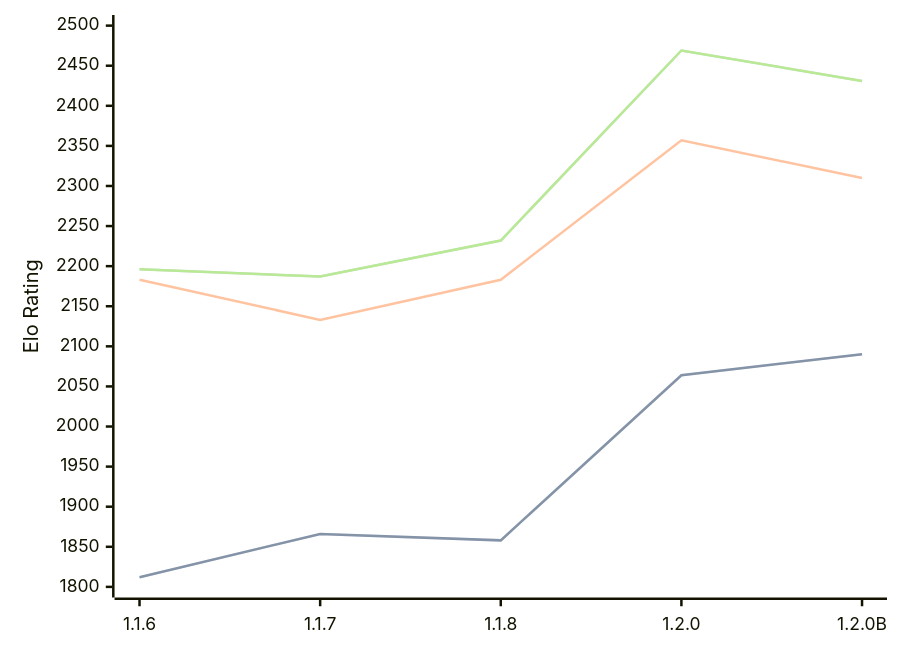
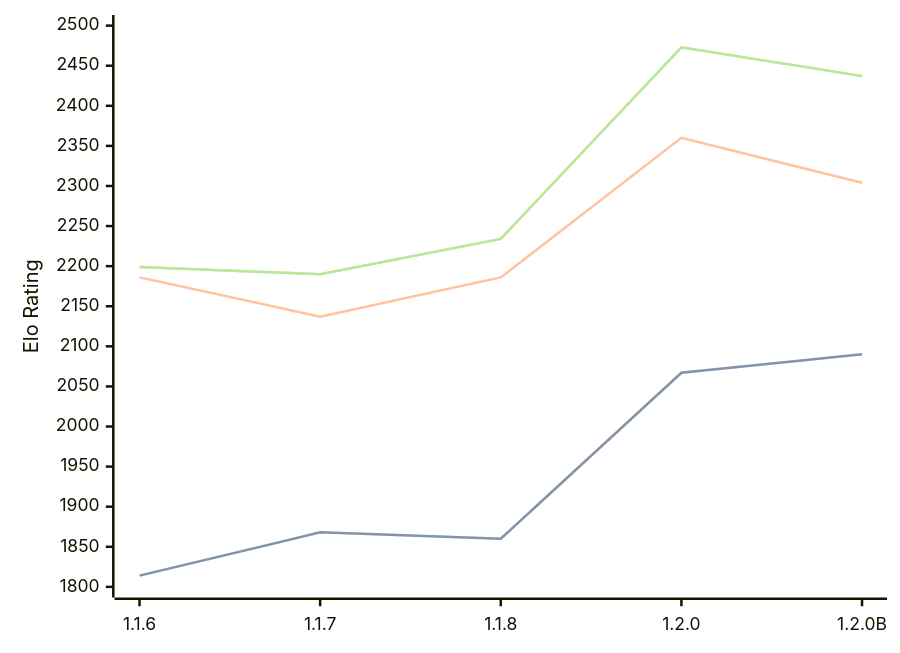
The diagram in engines/Soomi.md (computer-chess-index/cci), drawn with Mermaid before and after one commit. The commit also changed other lines of this file, not shown here.

Commit message:
Update CCI Ratings (ELO VLTC) - 2026-04-30

````diff
--- a/engines/Soomi.md
+++ b/engines/Soomi.md
@@ -35,11 +35,11 @@
 ```mermaid
 %%{init: {"theme":"base","themeVariables":{"seriesColors:['#a3a3a3','#222221','#faa371']}}}%%
 xychart-beta
   x-axis ["1.1.6", "1.1.7", "1.1.8", "1.2.0", "1.2.0B"]
   y-axis "Elo Rating" 1800 --> 2500
-  line "STC (8.0+0.08s)" [1812, 1866, 1858, 2064, 2090]
-  line "STC (8.0+0.08s)" [1812, 1866, 1858, 2064, 2090]
-  line "LTC (60.0+0.60s)" [2183, 2133, 2183, 2357, 2310]
-  line "VLTC (2m24s+1.12s)" [2196, 2187, 2232, 2469, 2431]
-  line "VLTC (2m24s+1.12s)" [2196, 2187, 2232, 2469, 2431]
+  line "STC (8.0+0.08s)" [1814, 1868, 1860, 2067, 2090]
+  line "STC (8.0+0.08s)" [1814, 1868, 1860, 2067, 2090]
+  line "LTC (60.0+0.60s)" [2186, 2137, 2186, 2360, 2304]
+  line "VLTC (2m24s+1.12s)" [2199, 2190, 2234, 2473, 2437]
+  line "VLTC (2m24s+1.12s)" [2199, 2190, 2234, 2473, 2437]
 ```
````
